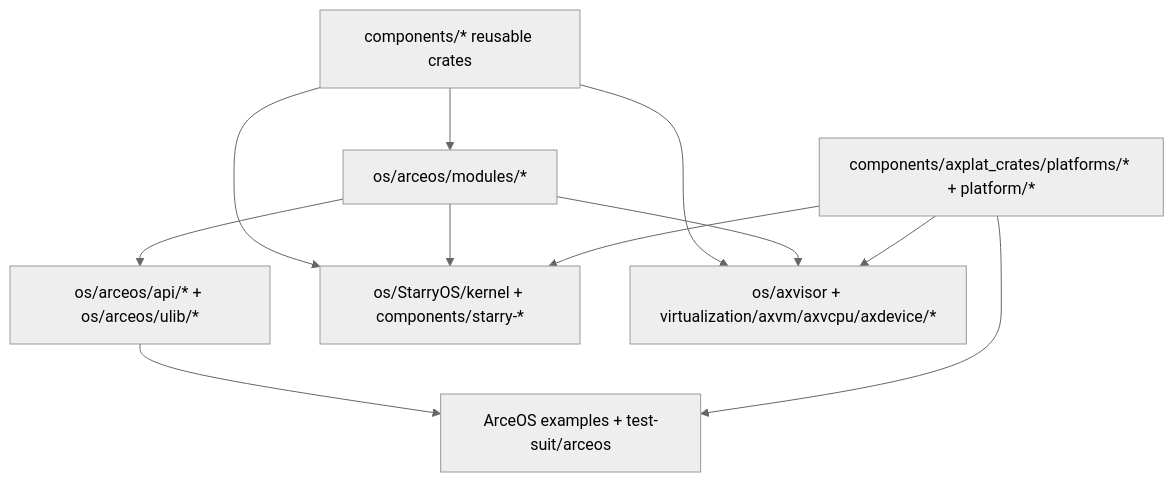
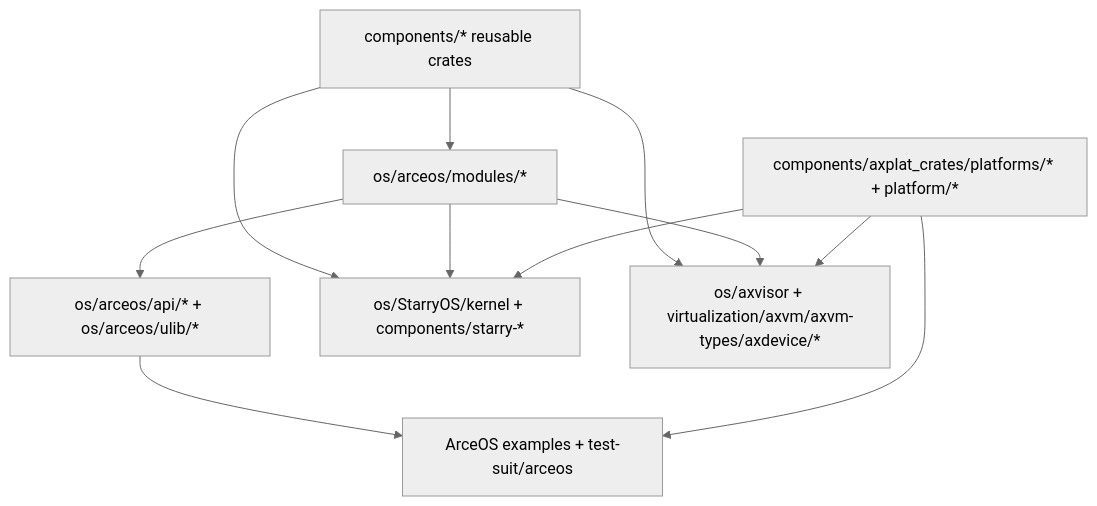
Before and after one commit to rcore-os/tgoskits: the diagram in docs/docs/development/components.md, drawn with Mermaid (neutral theme). The commit also changed other lines of this file and 79 other files, not shown here.

````diff
--- a/docs/docs/development/components.md
+++ b/docs/docs/development/components.md
@@ -35,21 +35,21 @@
 ```mermaid
 flowchart TD
     ReusableCrate["components/* reusable crates"]
     ArceosModules["os/arceos/modules/*"]
     ArceosApi["os/arceos/api/* + os/arceos/ulib/*"]
     ArceosApps["ArceOS examples + test-suit/arceos"]
     StarryKernel["os/StarryOS/kernel + components/starry-*"]
-    AxvisorRuntime["os/axvisor + virtualization/axvm/axvcpu/axdevice/*"]
+    AxvisorRuntime["os/axvisor + virtualization/axvm/axvm-types/axdevice/*"]
     PlatformCrates["components/axplat_crates/platforms/* + platform/*"]
 
     ReusableCrate --> ArceosModules
     ArceosModules --> ArceosApi
     ArceosApi --> ArceosApps
     ReusableCrate --> StarryKernel
     ArceosModules --> StarryKernel
     ReusableCrate --> AxvisorRuntime
     ArceosModules --> AxvisorRuntime
     PlatformCrates --> ArceosApps
     PlatformCrates --> StarryKernel
     PlatformCrates --> AxvisorRuntime
 ```
````
